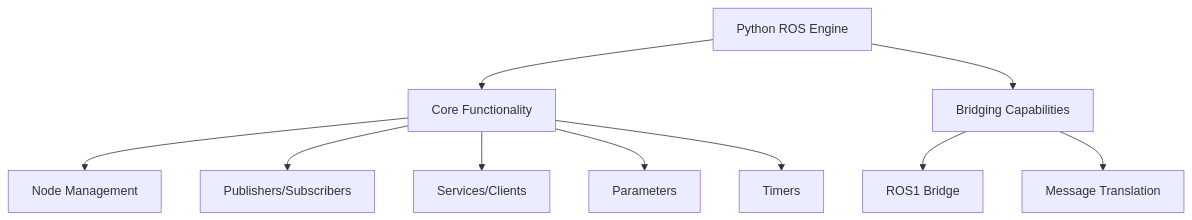
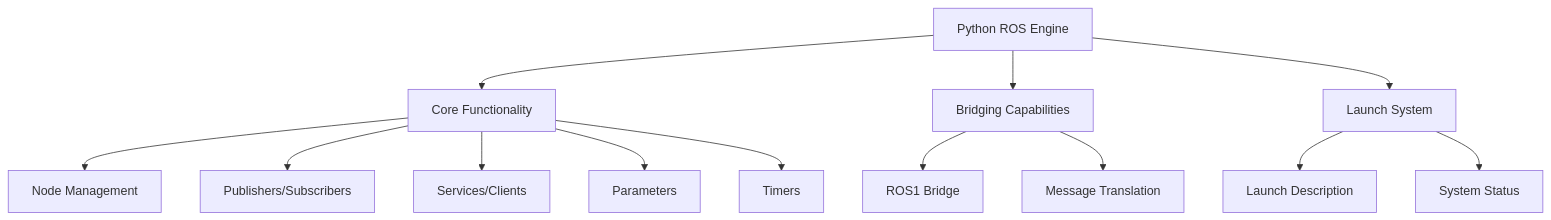
The diagram in README.md (yhbcode000/python-ros-engine), drawn with Mermaid before and after one commit. The commit also changed other lines of this file and 30 other files, not shown here.

Commit message:
Implement launch system functionality with CLI support

````diff
--- a/README.md
+++ b/README.md
@@ -13,12 +13,15 @@
 ```mermaid
 graph TD
     A[Python ROS Engine] --> B[Core Functionality]
     A --> C[Bridging Capabilities]
+    A --> D[Launch System]
     B --> B1[Node Management]
     B --> B2[Publishers/Subscribers]
     B --> B3[Services/Clients]
     B --> B4[Parameters]
     B --> B5[Timers]
     C --> C1[ROS1 Bridge]
     C --> C2[Message Translation]
+    D --> D1[Launch Description]
+    D --> D2[System Status]
 ```
````
